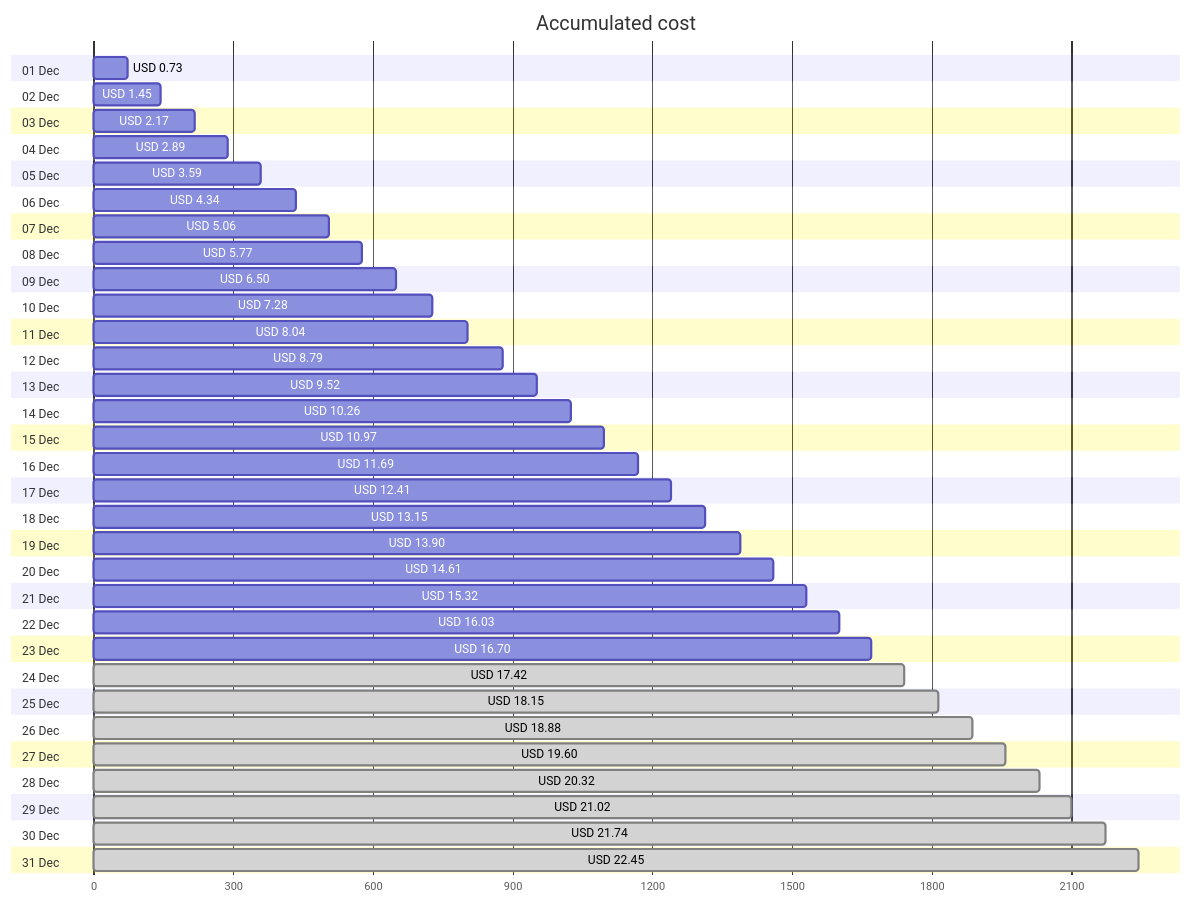
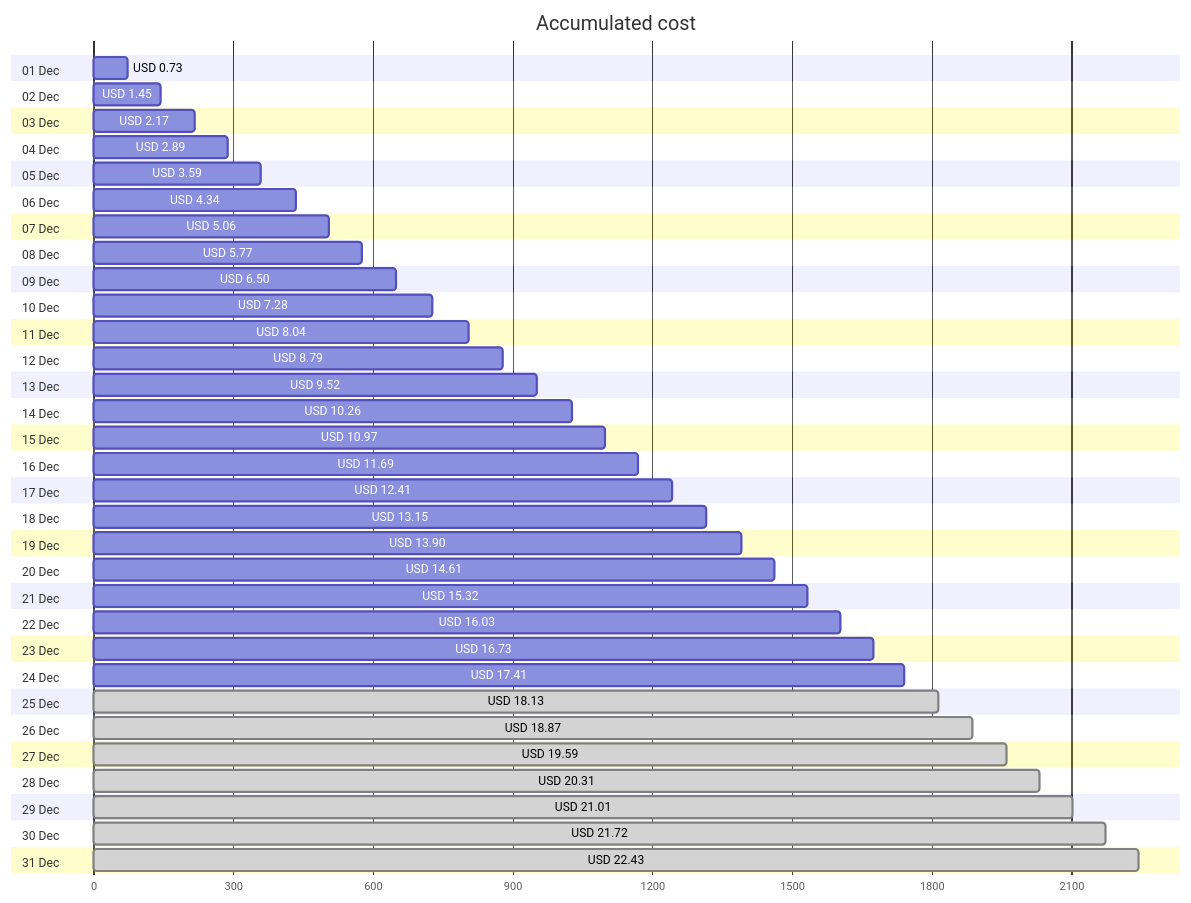
The first of 4 diagrams in cost-reports/personal-network/backup-server-data-disk.md (jpfulton/azure-personal-reports), drawn with Mermaid before and after one commit. The commit also changed other lines of this file and 8 other files, not shown here.

````diff
--- a/cost-reports/personal-network/backup-server-data-disk.md
+++ b/cost-reports/personal-network/backup-server-data-disk.md
@@ -20,68 +20,68 @@
 ```mermaid
 gantt
    title Accumulated cost
    dateFormat  X
    axisFormat %s
    section 01 Dec
    USD 0.73 :0, 73
    section 02 Dec
    USD 1.45 :0, 145
    section 03 Dec
    USD 2.17 :0, 217
    section 04 Dec
    USD 2.89 :0, 289
    section 05 Dec
    USD 3.59 :0, 359
    section 06 Dec
    USD 4.34 :0, 434
    section 07 Dec
    USD 5.06 :0, 506
    section 08 Dec
    USD 5.77 :0, 577
    section 09 Dec
    USD 6.50 :0, 650
    section 10 Dec
    USD 7.28 :0, 728
    section 11 Dec
    USD 8.04 :0, 804
    section 12 Dec
    USD 8.79 :0, 879
    section 13 Dec
    USD 9.52 :0, 952
    section 14 Dec
    USD 10.26 :0, 1026
    section 15 Dec
    USD 10.97 :0, 1097
    section 16 Dec
    USD 11.69 :0, 1169
    section 17 Dec
    USD 12.41 :0, 1241
    section 18 Dec
    USD 13.15 :0, 1315
    section 19 Dec
    USD 13.90 :0, 1390
    section 20 Dec
    USD 14.61 :0, 1461
    section 21 Dec
    USD 15.32 :0, 1532
    section 22 Dec
    USD 16.03 :0, 1603
    section 23 Dec
-   USD 16.70 :0, 1670
+   USD 16.73 :0, 1673
    section 24 Dec
-   USD 17.42 : done, 0, 1742
+   USD 17.41 :0, 1741
    section 25 Dec
-   USD 18.15 : done, 0, 1815
+   USD 18.13 : done, 0, 1813
    section 26 Dec
-   USD 18.88 : done, 0, 1888
+   USD 18.87 : done, 0, 1887
    section 27 Dec
-   USD 19.60 : done, 0, 1960
+   USD 19.59 : done, 0, 1959
    section 28 Dec
-   USD 20.32 : done, 0, 2032
+   USD 20.31 : done, 0, 2031
    section 29 Dec
-   USD 21.02 : done, 0, 2102
+   USD 21.01 : done, 0, 2101
    section 30 Dec
-   USD 21.74 : done, 0, 2174
+   USD 21.72 : done, 0, 2172
    section 31 Dec
-   USD 22.45 : done, 0, 2245
+   USD 22.43 : done, 0, 2243
 ```
````
